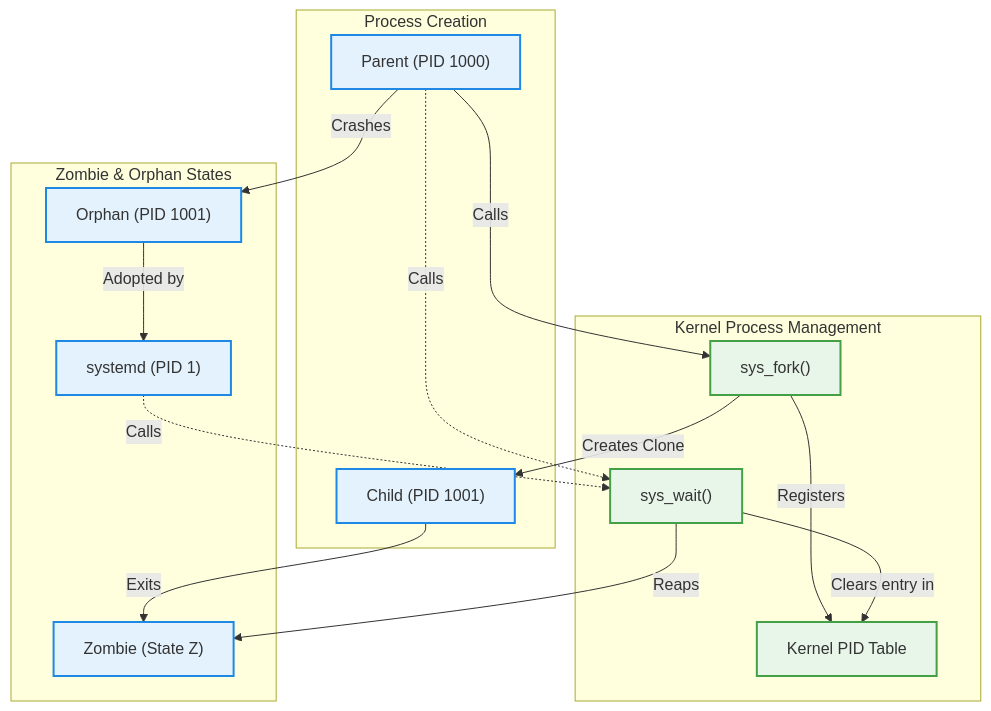
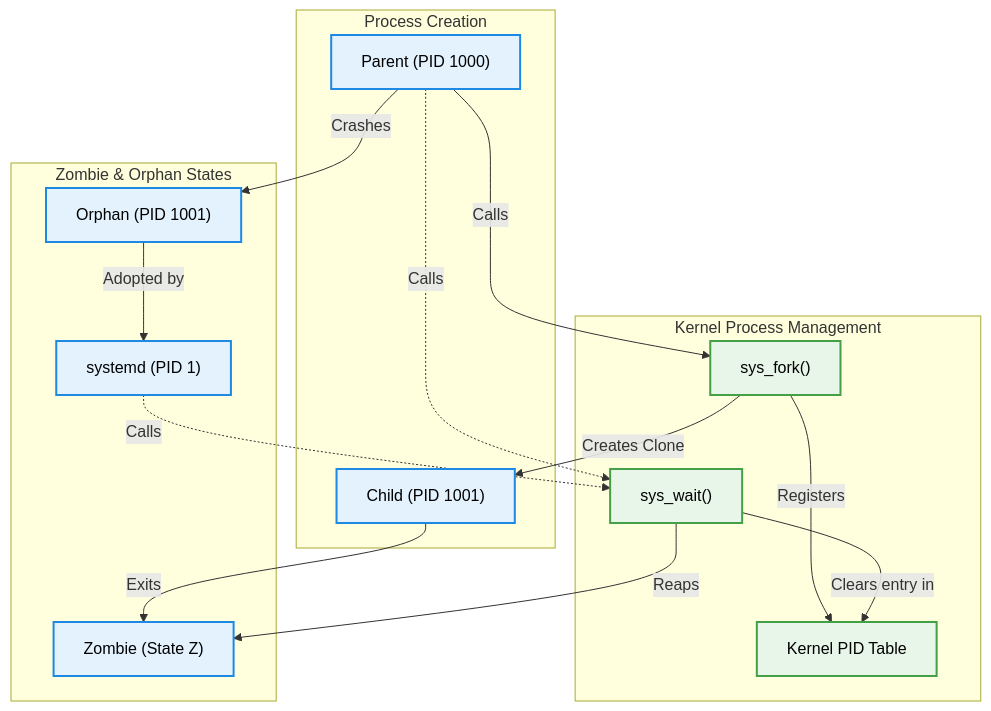
Before and after one commit to aloysiuspattath/platform-engineering-ai-course: the diagram in courses/platform-engineering/modules/module-03/lesson-02.md, drawn with Mermaid. The commit also changed 53 other files, not shown here.

Commit message:
fix: enforce high-contrast black text on mermaid diagram fills for dark mode readability

````diff
--- a/courses/platform-engineering/modules/module-03/lesson-02.md
+++ b/courses/platform-engineering/modules/module-03/lesson-02.md
@@ -85,28 +85,28 @@
 ```mermaid
 flowchart TD
-    classDef userSpace fill:#e3f2fd,stroke:#1e88e5,stroke-width:2px;
-    classDef kernelSpace fill:#e8f5e9,stroke:#43a047,stroke-width:2px;
+    classDef userSpace fill:#e3f2fd,stroke:#1e88e5,stroke-width:2px,color:#000000;
+    classDef kernelSpace fill:#e8f5e9,stroke:#43a047,stroke-width:2px,color:#000000;
 
     subgraph KernelSpace [Kernel Process Management]
         FORK["sys_fork()"]:::kernelSpace
         WAIT["sys_wait()"]:::kernelSpace
         PID_TBL["Kernel PID Table"]:::kernelSpace
     end
 
     subgraph ProcessCreation [Process Creation]
         PARENT["Parent (PID 1000)"]:::userSpace -->|Calls| FORK
         FORK -->|Creates Clone| CHILD["Child (PID 1001)"]:::userSpace
         FORK -->|Registers| PID_TBL
     end
 
     subgraph Lifecycle [Zombie & Orphan States]
         CHILD -->|Exits| ZOMBIE["Zombie (State Z)"]:::userSpace
         PARENT -->|Crashes| ORPHAN["Orphan (PID 1001)"]:::userSpace
         ORPHAN -->|Adopted by| PID1["systemd (PID 1)"]:::userSpace
     end
 
     PARENT -.->|Calls| WAIT
     PID1 -.->|Calls| WAIT
     WAIT -->|Reaps| ZOMBIE
     WAIT -->|Clears entry in| PID_TBL
 ```
````
